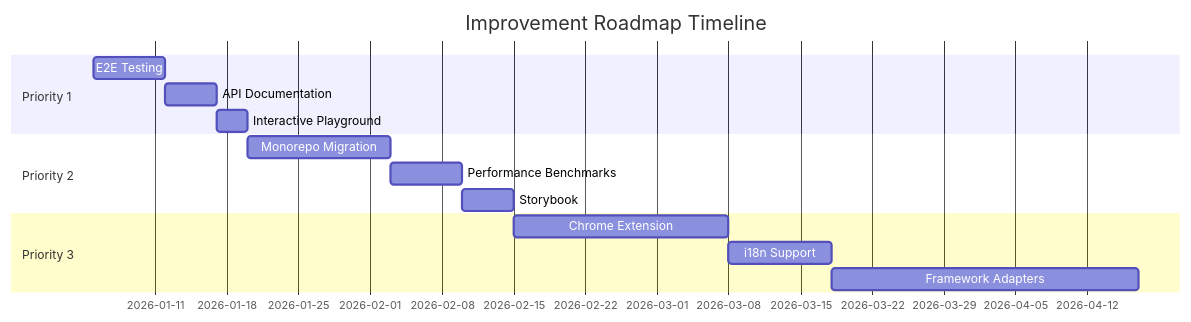
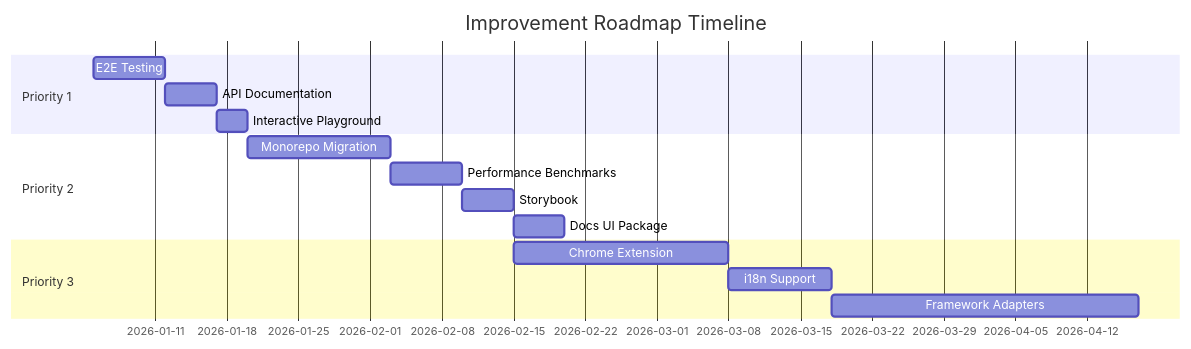
One commit to ZizzX/wizzard-packages changed the diagram in IMPROVEMENT_ROADMAP.md. Above: the diagram before and after it, drawn with Mermaid. The commit also changed other lines of this file, not shown here.

````diff
--- a/IMPROVEMENT_ROADMAP.md
+++ b/IMPROVEMENT_ROADMAP.md
@@ -557,19 +593,20 @@
 ```mermaid
 gantt
     title Improvement Roadmap Timeline
     dateFormat YYYY-MM-DD
     section Priority 1
     E2E Testing           :p1-1, 2026-01-05, 7d
     API Documentation     :p1-2, after p1-1, 5d
     Interactive Playground:p1-3, after p1-2, 3d
 
     section Priority 2
     Monorepo Migration    :p2-1, after p1-3, 14d
     Performance Benchmarks:p2-2, after p2-1, 7d
     Storybook            :p2-3, after p2-2, 5d
+    Docs UI Package      :p2-4, after p2-3, 5d
 
     section Priority 3
     Chrome Extension     :p3-1, after p2-3, 21d
     i18n Support        :p3-2, after p3-1, 10d
     Framework Adapters  :p3-3, after p3-2, 30d
 ```
````
